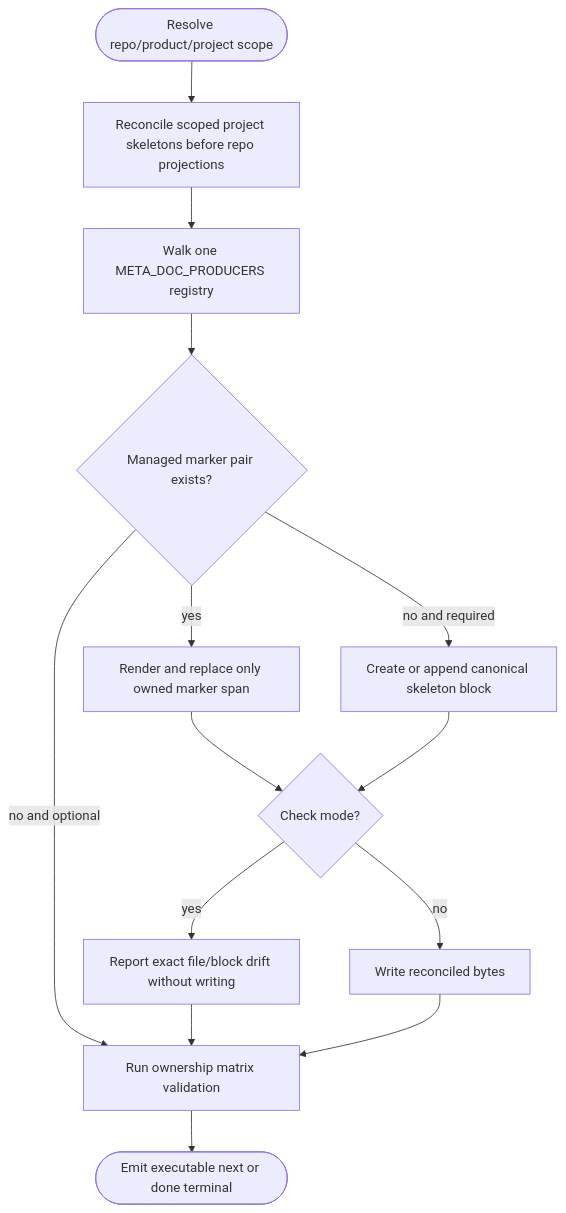
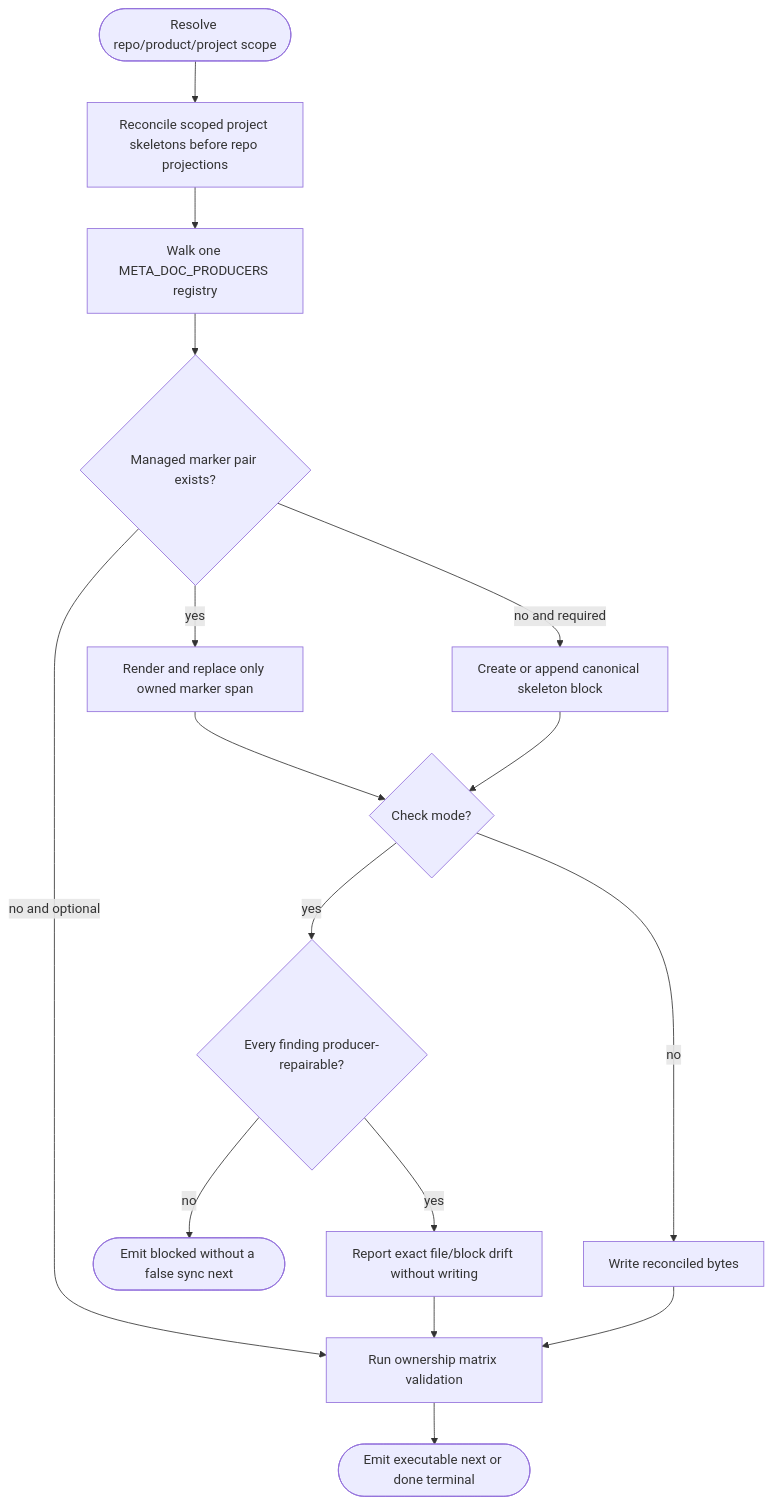
The first of 2 diagrams in apps/agentic-workflow/tech-design/surface/specs/aw-meta-doc-producer.md (chrischeng-c4/axiom), drawn with Mermaid before and after one commit. The commit also changed other lines of this file and 3 other files, not shown here.

````diff
--- a/apps/agentic-workflow/tech-design/surface/specs/aw-meta-doc-producer.md
+++ b/apps/agentic-workflow/tech-design/surface/specs/aw-meta-doc-producer.md
@@ -173,46 +175,52 @@
 ```mermaid
 ---
 id: aw-meta-doc-producer-loop
 entry: scope
 nodes:
   scope: { kind: start, label: "Resolve repo/product/project scope" }
   project_first: { kind: process, label: "Reconcile scoped project skeletons before repo projections" }
   registry: { kind: process, label: "Walk one META_DOC_PRODUCERS registry" }
   existing: { kind: decision, label: "Managed marker pair exists?" }
   reconcile: { kind: process, label: "Render and replace only owned marker span" }
   skeleton: { kind: process, label: "Create or append canonical skeleton block" }
   mode: { kind: decision, label: "Check mode?" }
+  repairable: { kind: decision, label: "Every finding producer-repairable?" }
   report: { kind: process, label: "Report exact file/block drift without writing" }
+  blocked: { kind: terminal, label: "Emit blocked without a false sync next" }
   write: { kind: process, label: "Write reconciled bytes" }
   validate: { kind: process, label: "Run ownership matrix validation" }
   next: { kind: terminal, label: "Emit executable next or done terminal" }
 edges:
   - { from: scope, to: project_first }
   - { from: project_first, to: registry }
   - { from: registry, to: existing }
   - { from: existing, to: reconcile, label: "yes" }
   - { from: existing, to: skeleton, label: "no and required" }
   - { from: existing, to: validate, label: "no and optional" }
   - { from: reconcile, to: mode }
   - { from: skeleton, to: mode }
-  - { from: mode, to: report, label: "yes" }
+  - { from: mode, to: repairable, label: "yes" }
+  - { from: repairable, to: report, label: "yes" }
+  - { from: repairable, to: blocked, label: "no" }
   - { from: mode, to: write, label: "no" }
   - { from: report, to: validate }
   - { from: write, to: validate }
   - { from: validate, to: next }
 ---
 flowchart TD
     scope([Resolve repo/product/project scope]) --> project_first[Reconcile scoped project skeletons before repo projections]
     project_first --> registry[Walk one META_DOC_PRODUCERS registry]
     registry --> existing{Managed marker pair exists?}
     existing -->|yes| reconcile[Render and replace only owned marker span]
     existing -->|no and required| skeleton[Create or append canonical skeleton block]
     existing -->|no and optional| validate[Run ownership matrix validation]
     reconcile --> mode{Check mode?}
     skeleton --> mode
-    mode -->|yes| report[Report exact file/block drift without writing]
+    mode -->|yes| repairable{Every finding producer-repairable?}
+    repairable -->|yes| report[Report exact file/block drift without writing]
+    repairable -->|no| blocked([Emit blocked without a false sync next])
     mode -->|no| write[Write reconciled bytes]
     report --> validate
     write --> validate
     validate --> next([Emit executable next or done terminal])
 ```
````
